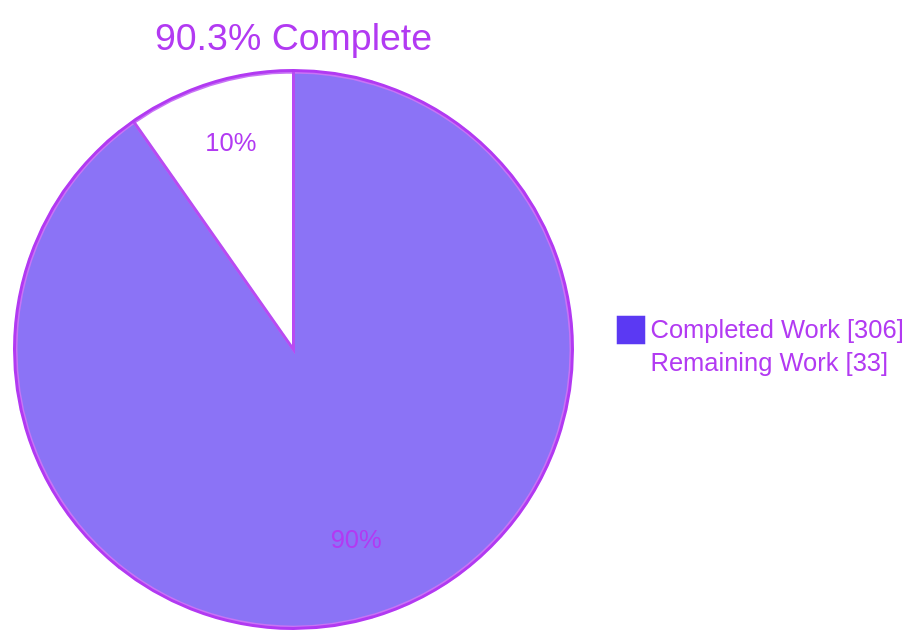
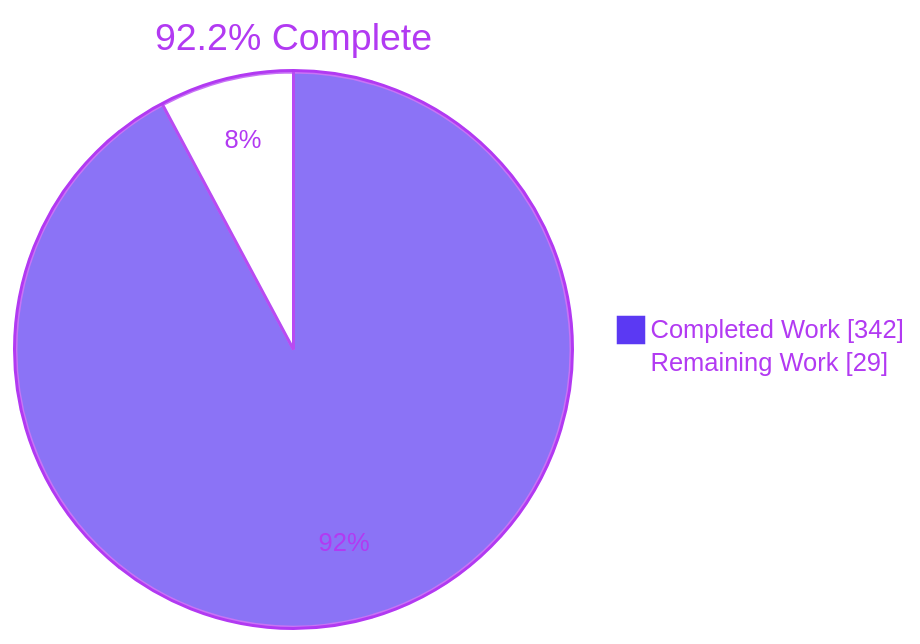
Before and after one commit to blitzy-public-samples/blitzy-VistA-VEHU-M: the first of 3 diagrams in blitzy/documentation/Project Guide - cba44d3a-fb41-4a16-9c11-e135b780df6e.md, drawn with Mermaid. The commit also changed other lines of this file, not shown here.

Commit message:
Adding Blitzy Project Guide: Project Status and Human Tasks Remaining

````diff
--- a/blitzy/documentation/Project Guide - cba44d3a-fb41-4a16-9c11-e135b780df6e.md
+++ b/blitzy/documentation/Project Guide - cba44d3a-fb41-4a16-9c11-e135b780df6e.md
@@ -9,6 +9,6 @@
 ```mermaid
 %%{init: {"theme":"base","themeVariables":{"pie1":"#5B39F3","pie2":"#FFFFFF","pieStrokeColor":"#B23AF2","pieOuterStrokeColor":"#B23AF2","pieSectionTextColor":"#B23AF2","pieTitleTextColor":"#B23AF2","pieLegendTextColor":"#B23AF2"}}}%%
-pie showData title 90.3% Complete
-    "Completed Work" : 306
-    "Remaining Work" : 33
+pie showData title 92.2% Complete
+    "Completed Work" : 342
+    "Remaining Work" : 29
 ```
````
